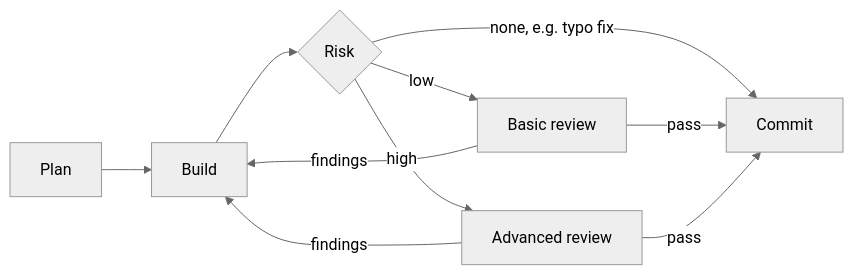
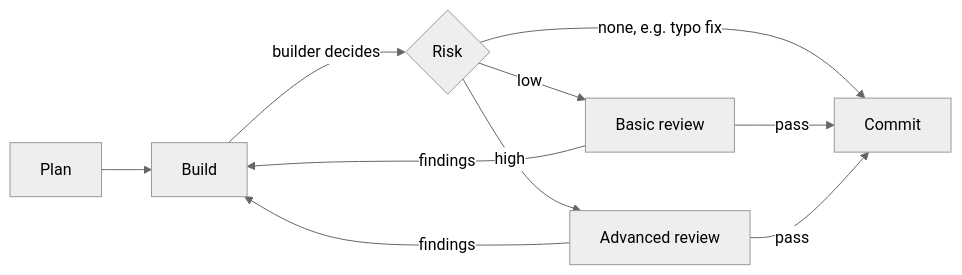
Before and after one commit to FedericoGianni/docs: the diagram in docs/11-ai.md, drawn with Mermaid (neutral theme).

Commit message:
docs: note builder decides review risk

````diff
--- a/docs/11-ai.md
+++ b/docs/11-ai.md
@@ -28,12 +28,12 @@
 ```mermaid
 flowchart LR
     PLAN["Plan"] --> BUILD["Build"]
-    BUILD --> RISK{"Risk"}
+    BUILD -->|"builder decides"| RISK{"Risk"}
     RISK -->|"none, e.g. typo fix"| DONE["Commit"]
     RISK -->|"low"| BASIC["Basic review"]
     RISK -->|"high"| ADV["Advanced review"]
     BASIC -->|"findings"| BUILD
     ADV -->|"findings"| BUILD
     BASIC -->|"pass"| DONE
     ADV -->|"pass"| DONE
 ```
````
